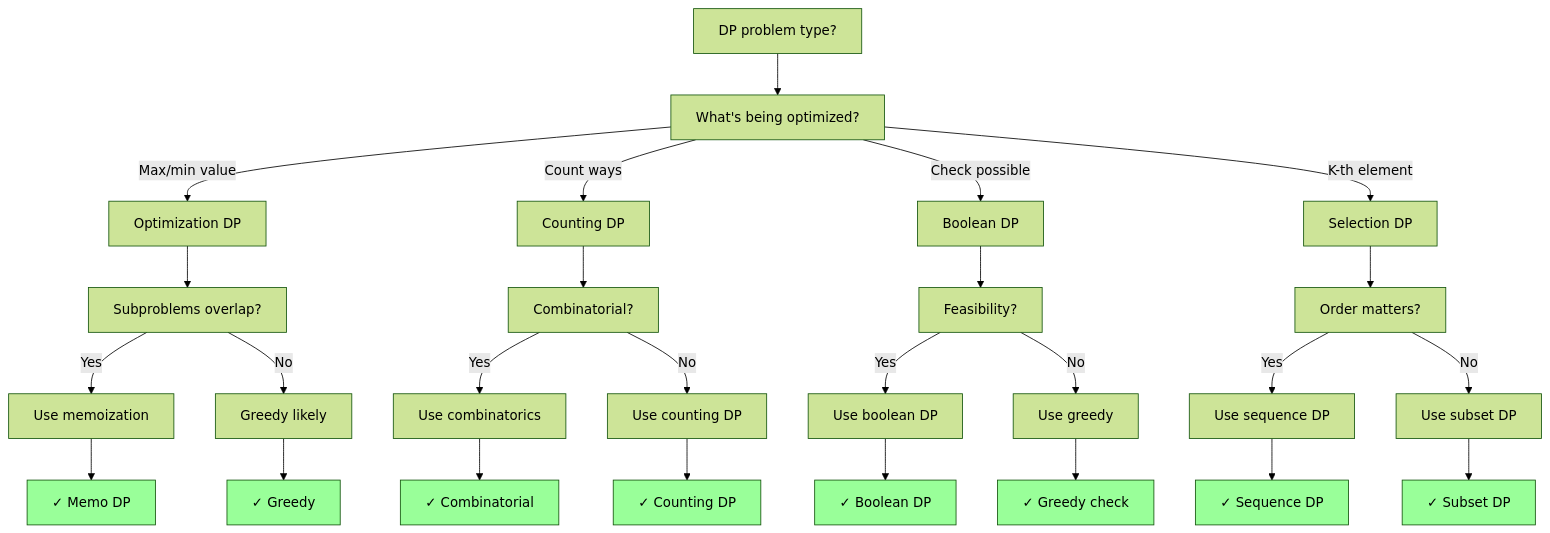
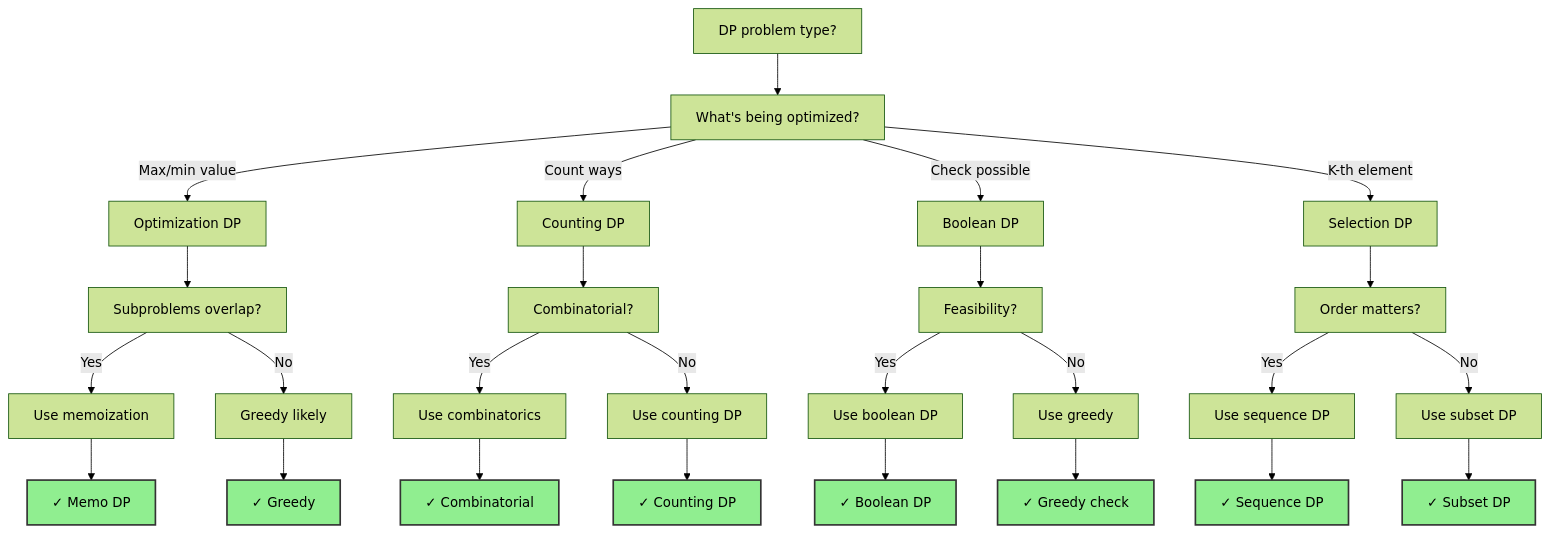
The fifth of 7 diagrams in docs/guides/algorithm_selection_guide.md (souradeepta/interviewprep), drawn with Mermaid (forest theme) before and after one commit. The commit also changed other lines of this file and 31 other files, not shown here.

Commit message:
updated graphs

````diff
--- a/docs/guides/algorithm_selection_guide.md
+++ b/docs/guides/algorithm_selection_guide.md
@@ -324,44 +324,44 @@
 ```mermaid
 graph TD
     A["DP problem type?"] --> B["What's being optimized?"]
     
     B -->|Max/min value| C["Optimization DP"]
     B -->|Count ways| D["Counting DP"]
     B -->|Check possible| E["Boolean DP"]
     B -->|K-th element| F["Selection DP"]
     
     C --> G["Subproblems overlap?"]
     D --> H["Combinatorial?"]
     E --> I["Feasibility?"]
     F --> J["Order matters?"]
     
     G -->|Yes| K["Use memoization"]
     G -->|No| L["Greedy likely"]
     
     H -->|Yes| M["Use combinatorics"]
     H -->|No| N["Use counting DP"]
     
     I -->|Yes| O["Use boolean DP"]
     I -->|No| P["Use greedy"]
     
     J -->|Yes| Q["Use sequence DP"]
     J -->|No| R["Use subset DP"]
     
     K --> S["✓ Memo DP"]
     L --> T["✓ Greedy"]
     M --> U["✓ Combinatorial"]
     N --> V["✓ Counting DP"]
     O --> W["✓ Boolean DP"]
     P --> X["✓ Greedy check"]
     Q --> Y["✓ Sequence DP"]
     R --> Z["✓ Subset DP"]
     
-    style S fill:#99ff99
-    style T fill:#99ff99
-    style U fill:#99ff99
-    style V fill:#99ff99
-    style W fill:#99ff99
-    style X fill:#99ff99
-    style Y fill:#99ff99
-    style Z fill:#99ff99
+    style S fill:#90ee90,color:#000,stroke:#333,stroke-width:2px
+    style T fill:#90ee90,color:#000,stroke:#333,stroke-width:2px
+    style U fill:#90ee90,color:#000,stroke:#333,stroke-width:2px
+    style V fill:#90ee90,color:#000,stroke:#333,stroke-width:2px
+    style W fill:#90ee90,color:#000,stroke:#333,stroke-width:2px
+    style X fill:#90ee90,color:#000,stroke:#333,stroke-width:2px
+    style Y fill:#90ee90,color:#000,stroke:#333,stroke-width:2px
+    style Z fill:#90ee90,color:#000,stroke:#333,stroke-width:2px
 ```
````
